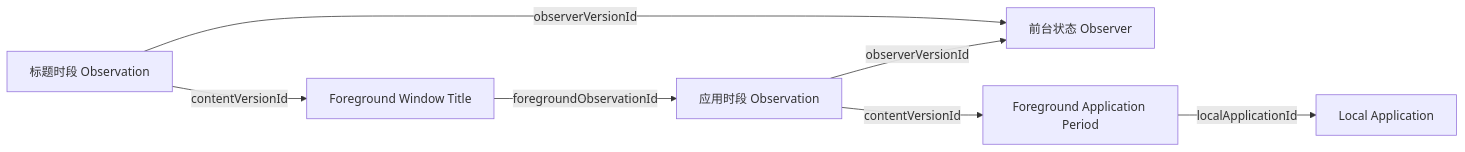
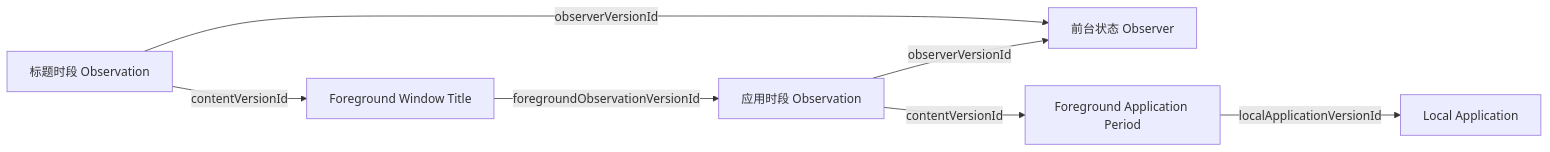
Before and after one commit to shenxianovo/Heartbeat: the diagram in src/Docs/Heartbeat.Docs/content/docs/observers/application-activity/index.mdx, drawn with Mermaid. The commit also changed 42 other files, not shown here.

````diff
--- a/src/Docs/Heartbeat.Docs/content/docs/observers/application-activity/index.mdx
+++ b/src/Docs/Heartbeat.Docs/content/docs/observers/application-activity/index.mdx
@@ -21,9 +21,9 @@
 ```mermaid
 flowchart LR
   O[应用时段 Observation] -->|observerVersionId| R[前台状态 Observer]
   O -->|contentVersionId| C[Foreground Application Period]
-  C -->|localApplicationId| A[Local Application]
+  C -->|localApplicationVersionId| A[Local Application]
   T[标题时段 Observation] -->|observerVersionId| R
   T -->|contentVersionId| TC[Foreground Window Title]
-  TC -->|foregroundObservationId| O
+  TC -->|foregroundObservationVersionId| O
 ```
````
